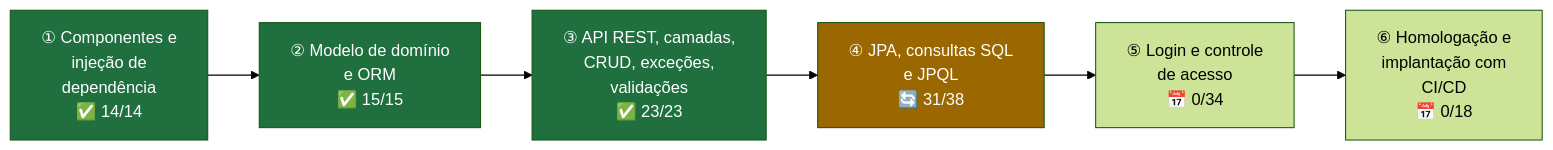
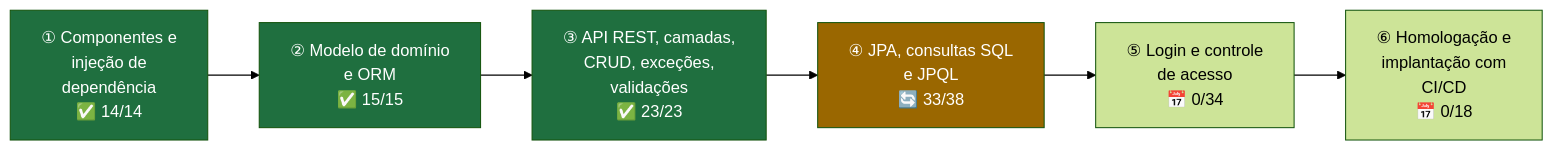
One commit to k3vinrich4rd/k3vinrich4rd changed diagram 21 of 23 in README.md. Above: the diagram before and after it, drawn with Mermaid (forest theme). The commit also changed other lines of this file and 4 other files, not shown here.

````diff
--- a/README.md
+++ b/README.md
@@ -2531,8 +2713,8 @@
 ```mermaid
 flowchart LR
-    C1["① Componentes e<br/>injeção de<br/>dependência<br/>✅ 14/14"] --> C2["② Modelo de domínio<br/>e ORM<br/>✅ 15/15"] --> C3["③ API REST, camadas,<br/>CRUD, exceções,<br/>validações<br/>✅ 23/23"] --> C4["④ JPA, consultas SQL<br/>e JPQL<br/>🔄 31/38"] --> C5["⑤ Login e controle<br/>de acesso<br/>📅 0/34"] --> C6["⑥ Homologação e<br/>implantação com<br/>CI/CD<br/>📅 0/18"]
+    C1["① Componentes e<br/>injeção de<br/>dependência<br/>✅ 14/14"] --> C2["② Modelo de domínio<br/>e ORM<br/>✅ 15/15"] --> C3["③ API REST, camadas,<br/>CRUD, exceções,<br/>validações<br/>✅ 23/23"] --> C4["④ JPA, consultas SQL<br/>e JPQL<br/>🔄 33/38"] --> C5["⑤ Login e controle<br/>de acesso<br/>📅 0/34"] --> C6["⑥ Homologação e<br/>implantação com<br/>CI/CD<br/>📅 0/18"]
     style C1 fill:#1f6f3f,color:#fff
     style C2 fill:#1f6f3f,color:#fff
     style C3 fill:#1f6f3f,color:#fff
     style C4 fill:#9a6700,color:#fff
 ```
````
